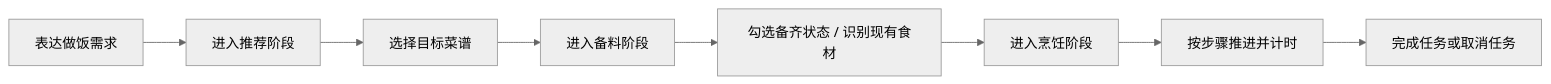
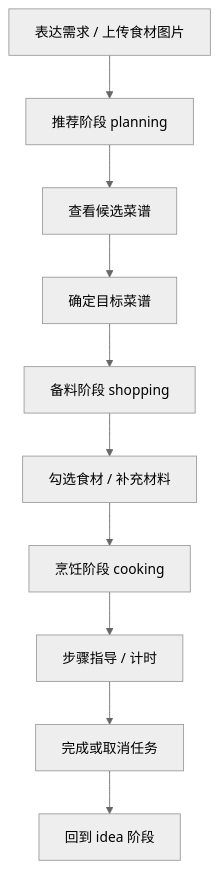
Before and after one commit to LangYiSheng/ChefMate: the second of 5 diagrams in docs/system_implementation_report.md, drawn with Mermaid (neutral theme). The commit also changed other lines of this file and 1 other file, not shown here.

````diff
--- a/docs/system_implementation_report.md
+++ b/docs/system_implementation_report.md
@@ -273,10 +77,12 @@
 ```mermaid
-flowchart LR
-    A["表达做饭需求"] --> B["进入推荐阶段"]
-    B --> C["选择目标菜谱"]
-    C --> D["进入备料阶段"]
-    D --> E["勾选备齐状态 / 识别现有食材"]
-    E --> F["进入烹饪阶段"]
-    F --> G["按步骤推进并计时"]
-    G --> H["完成任务或取消任务"]
+flowchart TD
+    A["表达需求 / 上传食材图片"] --> B["推荐阶段 planning"]
+    B --> C["查看候选菜谱"]
+    C --> D["确定目标菜谱"]
+    D --> E["备料阶段 shopping"]
+    E --> F["勾选食材 / 补充材料"]
+    F --> G["烹饪阶段 cooking"]
+    G --> H["步骤指导 / 计时"]
+    H --> I["完成或取消任务"]
+    I --> J["回到 idea 阶段"]
 ```
````
